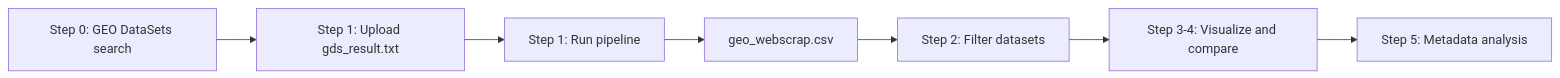
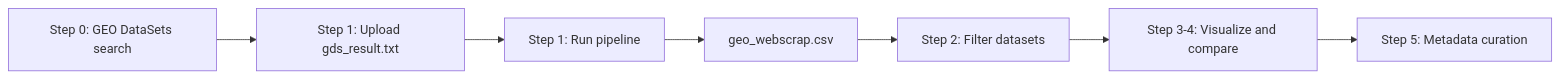
Before and after one commit to Mmaycon/GEOScouter: the diagram in doc/README.md, drawn with Mermaid. The commit also changed other lines of this file and 7 other files, not shown here.

Commit message:
Add step 5 sample metadata filtering and GSE curation with health overrides and curated catalog export

````diff
--- a/doc/README.md
+++ b/doc/README.md
@@ -25,12 +25,12 @@
 ```mermaid
 flowchart LR
   gds["Step 0: GEO DataSets search"]
   upload["Step 1: Upload gds_result.txt"]
   scrape["Step 1: Run pipeline"]
   csv["geo_webscrap.csv"]
   filter["Step 2: Filter datasets"]
   viz["Step 3-4: Visualize and compare"]
-  meta["Step 5: Metadata analysis"]
+  meta["Step 5: Metadata curation"]
 
   gds --> upload --> scrape --> csv --> filter --> viz --> meta
 ```
````
